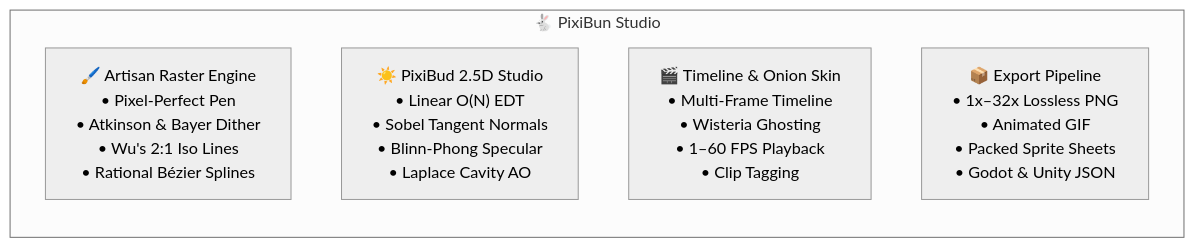
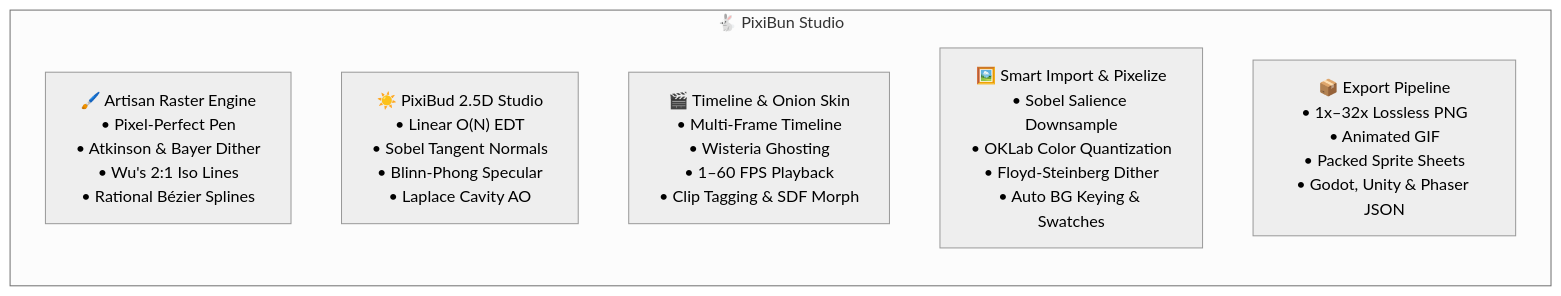
One commit to lxcario/PixiBun changed the diagram in README.md. Above: the diagram before and after it, drawn with Mermaid (neutral theme). The commit also changed other lines of this file and 3 other files, not shown here.

Commit message:
docs: enrich technical specifications, shortcuts, and architecture documentation

````diff
--- a/README.md
+++ b/README.md
@@ -29,9 +30,10 @@
 ```mermaid
 graph LR
     subgraph Atelier ["🐇 PixiBun Studio"]
         Raster["🖌️ Artisan Raster Engine<br/>• Pixel-Perfect Pen<br/>• Atkinson & Bayer Dither<br/>• Wu's 2:1 Iso Lines<br/>• Rational Bézier Splines"]
         Math["☀️ PixiBud 2.5D Studio<br/>• Linear O(N) EDT<br/>• Sobel Tangent Normals<br/>• Blinn-Phong Specular<br/>• Laplace Cavity AO"]
-        Anim["🎬 Timeline & Onion Skin<br/>• Multi-Frame Timeline<br/>• Wisteria Ghosting<br/>• 1–60 FPS Playback<br/>• Clip Tagging"]
-        Export["📦 Export Pipeline<br/>• 1x–32x Lossless PNG<br/>• Animated GIF<br/>• Packed Sprite Sheets<br/>• Godot & Unity JSON"]
+        Anim["🎬 Timeline & Onion Skin<br/>• Multi-Frame Timeline<br/>• Wisteria Ghosting<br/>• 1–60 FPS Playback<br/>• Clip Tagging & SDF Morph"]
+        Import["🖼️ Smart Import & Pixelize<br/>• Sobel Salience Downsample<br/>• OKLab Color Quantization<br/>• Floyd-Steinberg Dither<br/>• Auto BG Keying & Swatches"]
+        Export["📦 Export Pipeline<br/>• 1x–32x Lossless PNG<br/>• Animated GIF<br/>• Packed Sprite Sheets<br/>• Godot, Unity & Phaser JSON"]
     end
 ```
````
